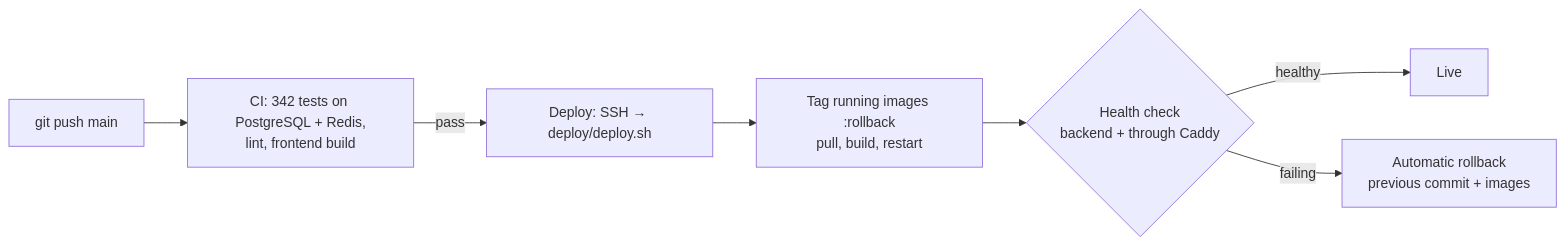
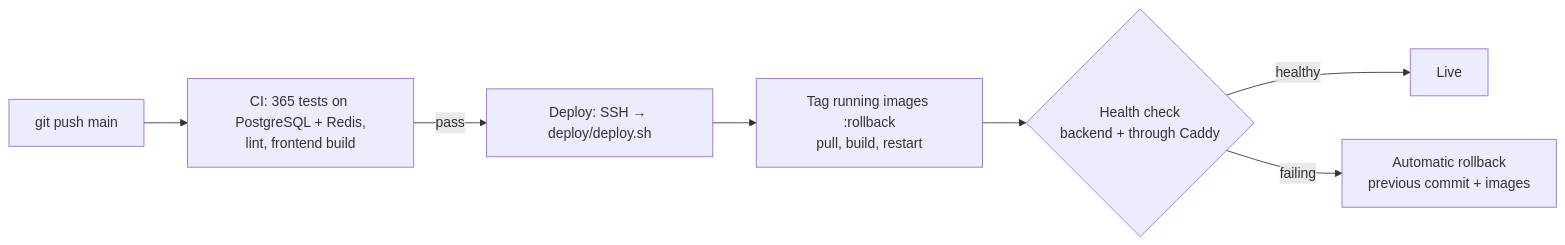
The second of 2 diagrams in README.md (MuhammadHaseeb3112/MHTalk), drawn with Mermaid before and after one commit. The commit also changed other lines of this file and 15 other files, not shown here.

````diff
--- a/README.md
+++ b/README.md
@@ -234,9 +304,9 @@
 ```mermaid
 flowchart LR
-    P["git push main"] --> CI["CI: 342 tests on PostgreSQL + Redis,<br/>lint, frontend build"]
+    P["git push main"] --> CI["CI: 365 tests on PostgreSQL + Redis,<br/>lint, frontend build"]
     CI -- pass --> D["Deploy: SSH → deploy/deploy.sh"]
     D --> B["Tag running images :rollback<br/>pull, build, restart"]
     B --> H{"Health check<br/>backend + through Caddy"}
     H -- healthy --> OK["Live"]
     H -- failing --> R["Automatic rollback<br/>previous commit + images"]
 ```
````
